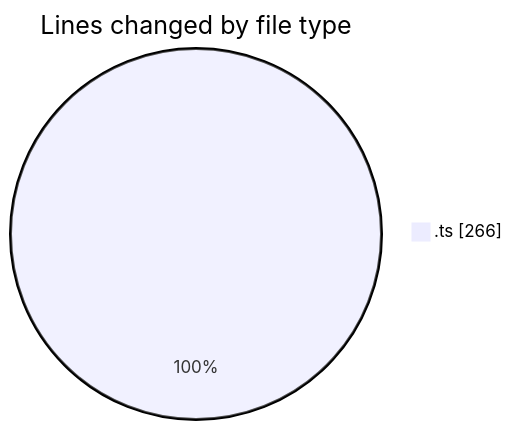
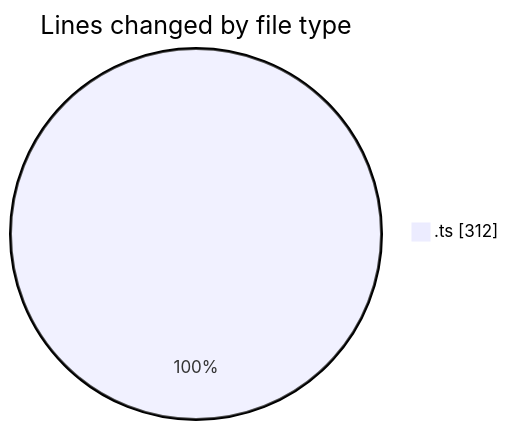
The first of 2 diagrams in 2025-08-18/claudecraft/README.md (EIIisD/code-tracking), drawn with Mermaid before and after one commit. The commit also changed other lines of this file and 1 other file, not shown here.

````diff
--- a/2025-08-18/claudecraft/README.md
+++ b/2025-08-18/claudecraft/README.md
@@ -20,5 +20,5 @@
 ```mermaid
 pie showData
 title Lines changed by file type
-".ts" : 266
+".ts" : 312
 ```
````
